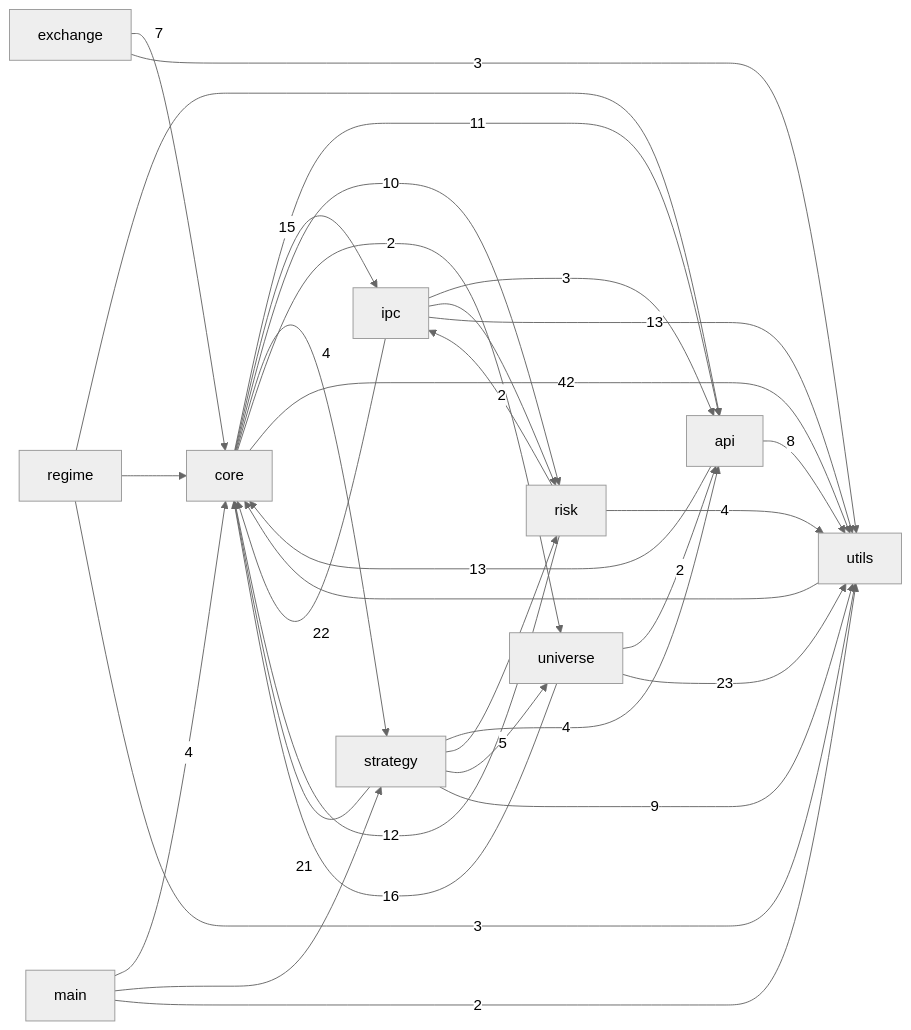
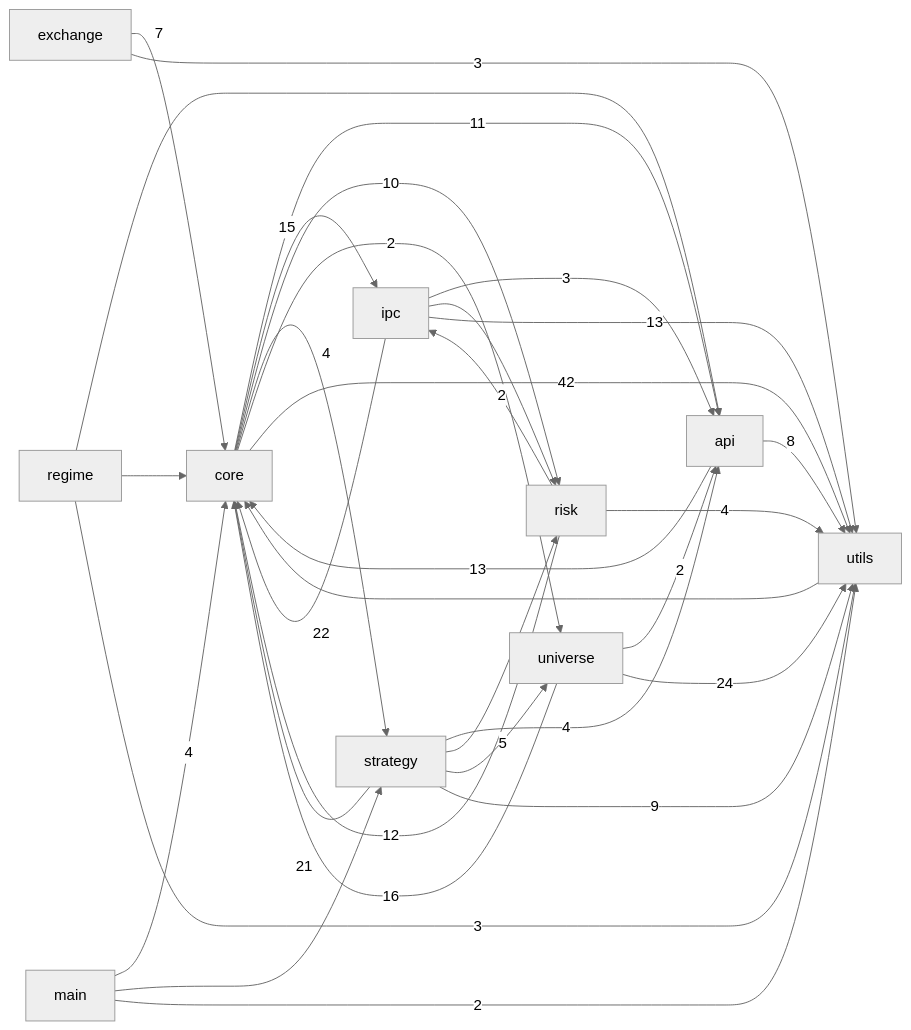
Before and after one commit to pypy8171/Quant: the first of 3 diagrams in docs/CODE_GRAPH.md, drawn with Mermaid (neutral theme). The commit also changed other lines of this file and 13 other files, not shown here.

````diff
--- a/docs/CODE_GRAPH.md
+++ b/docs/CODE_GRAPH.md
@@ -10,45 +10,45 @@
 ```mermaid
 graph LR
   main[main]
   core[core]
   strategy[strategy]
   api[api]
   universe[universe]
   risk[risk]
   ipc[ipc]
   utils[utils]
   exchange[exchange]
   regime[regime]
   api -->|13| core
   api -->|8| utils
   core -->|11| api
   core -->|15| ipc
   core -->|10| risk
   core -->|4| strategy
   core -->|2| universe
   core -->|42| utils
   exchange -->|7| core
   exchange -->|3| utils
   ipc -->|3| api
   ipc -->|22| core
   ipc --> risk
   ipc -->|13| utils
   main -->|4| core
   main --> strategy
   main -->|2| utils
   regime --> api
   regime --> core
   regime -->|3| utils
   risk -->|12| core
   risk -->|2| ipc
   risk -->|4| utils
   strategy -->|4| api
   strategy -->|21| core
   strategy --> risk
   strategy -->|5| universe
   strategy -->|9| utils
   universe -->|2| api
   universe -->|16| core
-  universe -->|23| utils
+  universe -->|24| utils
   utils --> core
 ```
````
